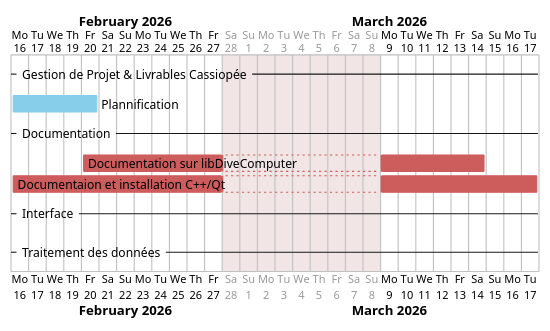
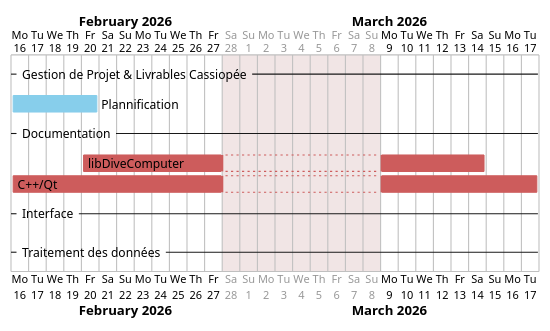
The diagram in gantt/gantt.pu (AntoFruch/Cassiopee-SubSurface), drawn with PlantUML before and after one commit.

```diff
--- a/gantt/gantt.pu
+++ b/gantt/gantt.pu
@@ -1,47 +1,48 @@
 @startgantt GanttChart
 Project starts 2026-02-16
 
 ' Détail des zones a exclure du temps de travail (vacances / CF / autres obligations)
 ' syntaxe  : {date} is closed / {date} to {date} is closed
     
     ' Vacances d'hiver
     2026-02-28 to 2026-03-8 is closed
 
     ' vacances de printemps
+    2026-04-18 to 2026-05-04 is closed
 
     ' Obligations Loup
 
     ' Obligations Antonin
 
 ' Fin
 
 ' Detail des taches à effectuer, syntaxe ci-dessous : 
 '   * -- Categorie -- 
 '   * [nom de la tâche] requires/lasts X days/weeks
 '   * possibilité de coloriser avec "and is colored in {couleur}" (les mots clés des couleurs sont préshot par l'extension PlantUML)
 -- Gestion de Projet & Livrables Cassiopée--  
 [Plannification] requires 5 days and is colored in SkyBlue
 
 -- Documentation --
-[Documentation sur libDiveComputer] requires 2 weeks and is colored in IndianRed
-[Documentaion et installation C++/Qt] requires 3 weeks and is colored in IndianRed
+[libDiveComputer] requires 2 weeks and is colored in IndianRed
+[C++/Qt] requires 3 weeks and is colored in IndianRed
 
 -- Interface -- 
 
 -- Traitement des données -- 
 
 ' Fin du détail des tâches
 
 '------------------------------------------------------------
 
 ' Détail des dates de début/fin
 '   * [nom de la tache] starts at {date}
 '   * une date peut être la fin d'un évenement ("X's end") ou son debut ("X's start")
 
 [Plannification] starts at 2026-02-16
 
-[Documentation sur libDiveComputer] starts at 2026-02-20
-[Documentaion et installation C++/Qt] starts at 2026-02-16
+[libDiveComputer] starts at 2026-02-20
+[C++/Qt] starts at 2026-02-16
 
 ' Fin du détail des dates
 @endgantt
```
